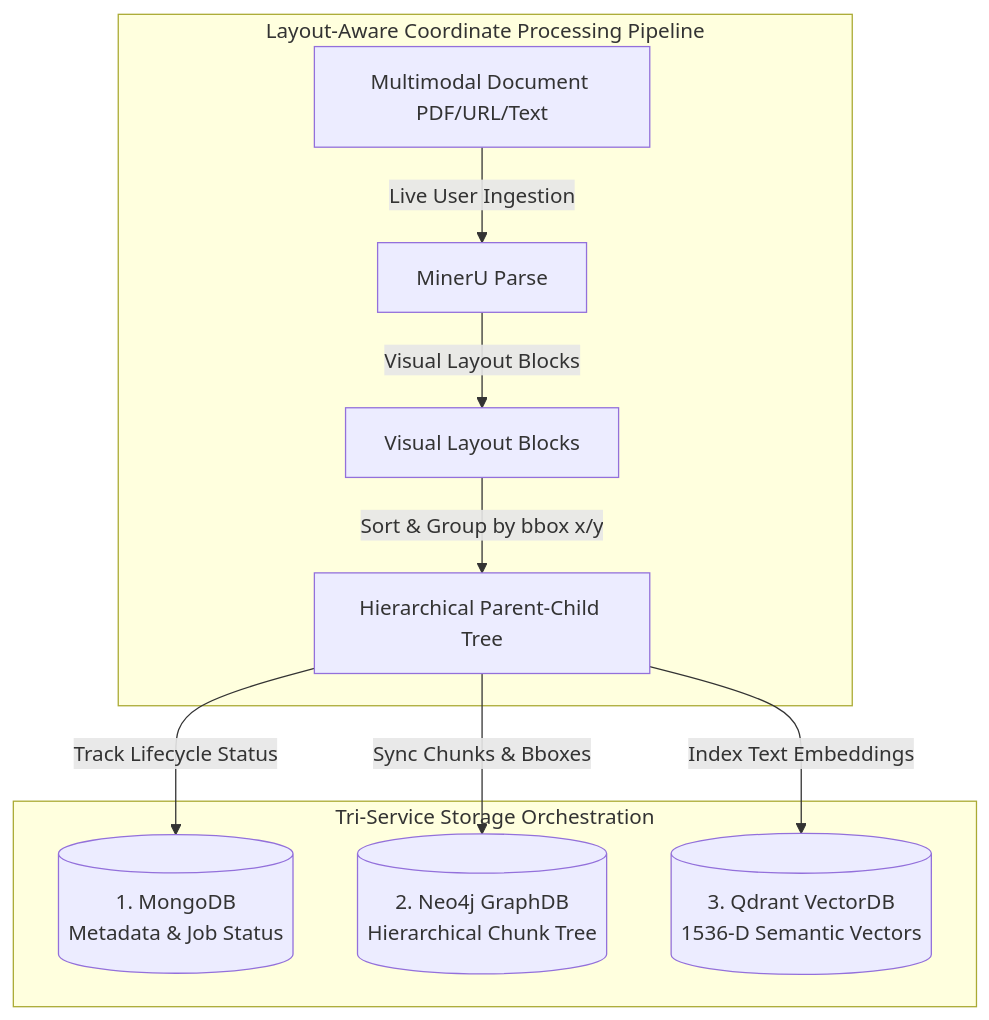
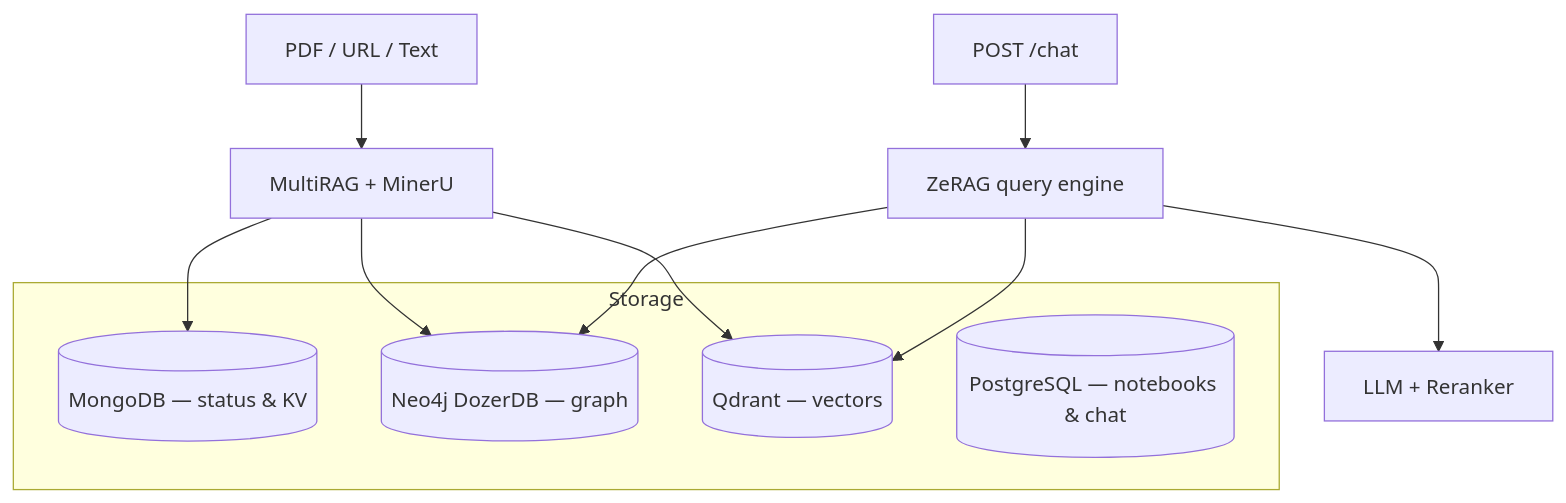
The diagram in backend/README.md (Zeres-Engel/InsightNote), drawn with Mermaid before and after one commit. The commit also changed other lines of this file and 40 other files, not shown here.

Commit message:
Integrate paper PDF example and update visual assets

````diff
--- a/backend/README.md
+++ b/backend/README.md
@@ -14,18 +9,19 @@
 ```mermaid
 graph TD
-    subgraph Multi_Service_Layer [Tri-Service Storage Orchestration]
-        MongoDB[(1. MongoDB<br>Metadata & Job Status)]
-        Neo4j[(2. Neo4j GraphDB<br>Hierarchical Chunk Tree)]
-        Qdrant[(3. Qdrant VectorDB<br>1536-D Semantic Vectors)]
+    subgraph Storage
+        MongoDB[(MongoDB — status & KV)]
+        Neo4j[(Neo4j DozerDB — graph)]
+        Qdrant[(Qdrant — vectors)]
+        Postgres[(PostgreSQL — notebooks & chat)]
     end
-    
-    subgraph Pipeline_Processing [Layout-Aware Coordinate Processing Pipeline]
-        PDF[Multimodal Document PDF/URL/Text] -->|Live User Ingestion| MinerU[MinerU Parse]
-        MinerU -->|Visual Layout Blocks| Blocks[Visual Layout Blocks]
-        Blocks -->|Sort & Group by bbox x/y| HierarchicalTree[Hierarchical Parent-Child Tree]
-        
-        HierarchicalTree -->|Sync Chunks & Bboxes| Neo4j
-        HierarchicalTree -->|Index Text Embeddings| Qdrant
-        HierarchicalTree -->|Track Lifecycle Status| MongoDB
-    end
+
+    PDF[PDF / URL / Text] --> MultiRAG[MultiRAG + MinerU]
+    MultiRAG --> Neo4j
+    MultiRAG --> Qdrant
+    MultiRAG --> MongoDB
+
+    Chat[POST /chat] --> ZeRAG[ZeRAG query engine]
+    ZeRAG --> Qdrant
+    ZeRAG --> Neo4j
+    ZeRAG --> LLM[LLM + Reranker]
 ```
````
